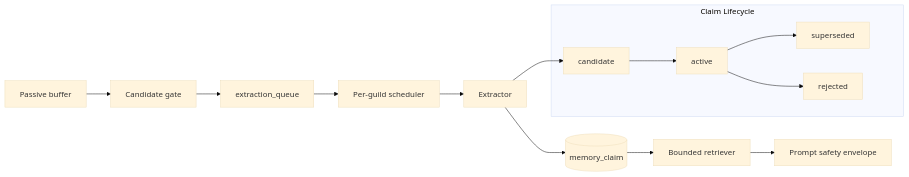
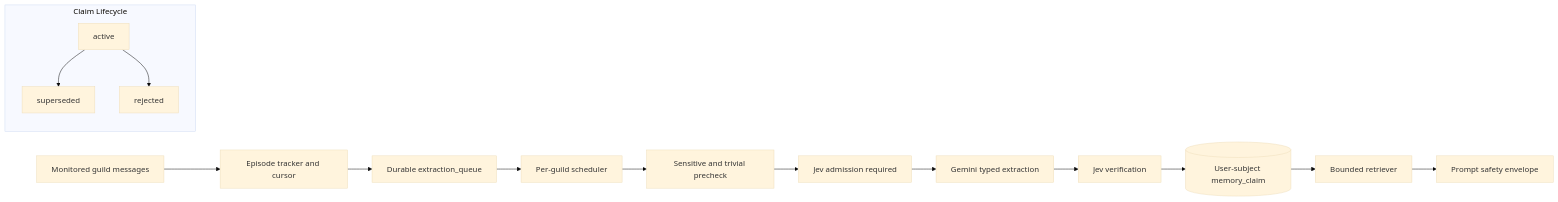
Before and after one commit to AlaskanTuna/Rokabot: the fourth of 6 diagrams in docs/README.md, drawn with Mermaid (base theme). The commit also changed other lines of this file and 82 other files, not shown here.

First line of the commit message:
refactor(agent): extract memory once per episode with Jev admission and verification (#222)

````diff
--- a/docs/README.md
+++ b/docs/README.md
@@ -201,18 +201,18 @@
 ```mermaid
 flowchart LR
-    Passive[Passive buffer] --> Gate[Candidate gate]
-    Gate --> Queue[extraction_queue]
+    Passive[Monitored guild messages] --> Tracker[Episode tracker and cursor]
+    Tracker --> Queue[Durable extraction_queue]
     Queue --> Scheduler[Per-guild scheduler]
-    Scheduler --> Extractor[Extractor]
-    Extractor --> Claims[(memory_claim)]
+    Scheduler --> Precheck[Sensitive and trivial precheck]
+    Precheck --> Admission[Jev admission required]
+    Admission --> Extractor[Gemini typed extraction]
+    Extractor --> Verification[Jev verification]
+    Verification --> Claims[(User-subject memory_claim)]
     Claims --> Retriever[Bounded retriever]
     Retriever --> Envelope[Prompt safety envelope]
 
     subgraph Lifecycle[Claim Lifecycle]
-        Candidate[candidate] --> Active[active]
-        Active --> Superseded[superseded]
+        Active[active] --> Superseded[superseded]
         Active --> Rejected[rejected]
     end
-
-    Extractor --> Candidate
 ```
````
